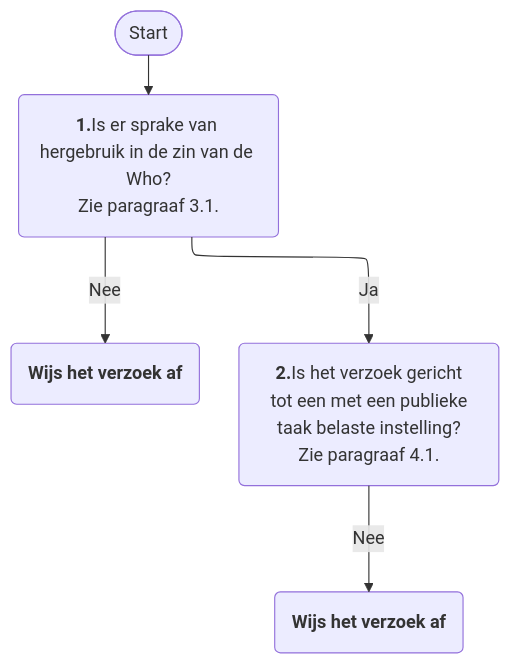
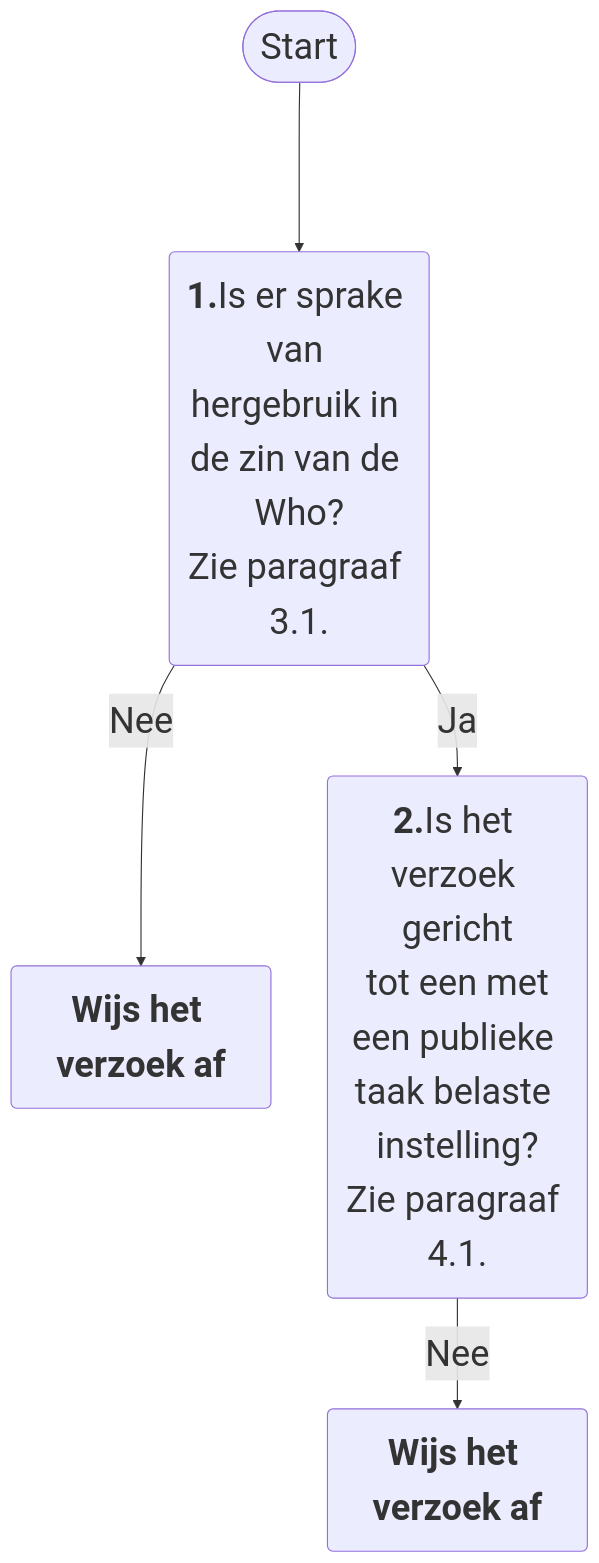
One commit to MinBZK/Handleiding-hWho changed the diagram in Stappenplan.md. Above: the diagram before and after it, drawn with Mermaid. The commit also changed other lines of this file, not shown here.

````diff
--- a/Stappenplan.md
+++ b/Stappenplan.md
@@ -6,10 +6,11 @@
 ```mermaid
-%%{init: {"flowchart": {"defaultRenderer": "elk"}} }%%
+
+%%{ init: { 'theme': 'elk', 'themeVariables': { 'fontSize': '32px', 'fontFamily': 'Arial' }}}%%
 graph TD
     A([Start])---->B("<b>1.</b><br/>Is er sprake van hergebruik in de zin van de Who?<br/>Zie paragraaf 3.1.")
     B("<b>1.</b>Is er sprake van hergebruik in de zin van de Who?<br/>Zie paragraaf 3.1.")--Nee-->L("<b>Wijs het verzoek af</b>")
     B("<b>1.</b>Is er sprake van hergebruik in de zin van de Who?<br/>Zie paragraaf 3.1.")--Ja-->C("<b>2.</b>Is het verzoek gericht<br/> tot een met een publieke taak belaste instelling?<br/>Zie paragraaf 4.1.")
    C("<b>2.</b>Is het verzoek gericht<br/> tot een met een publieke taak belaste instelling?<br/>Zie paragraaf 4.1.")--Nee-->R("<b>Wijs het verzoek af</b>")
 
 
 ```
````
